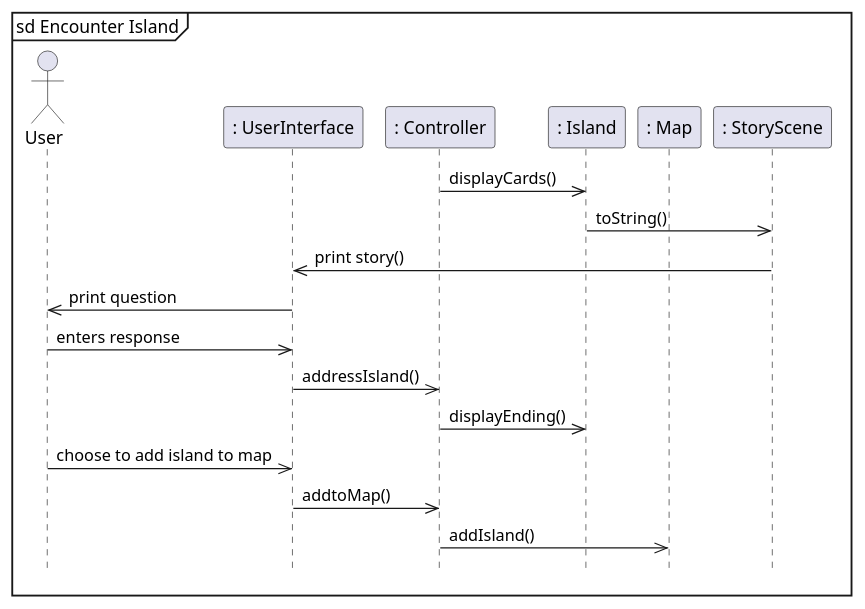
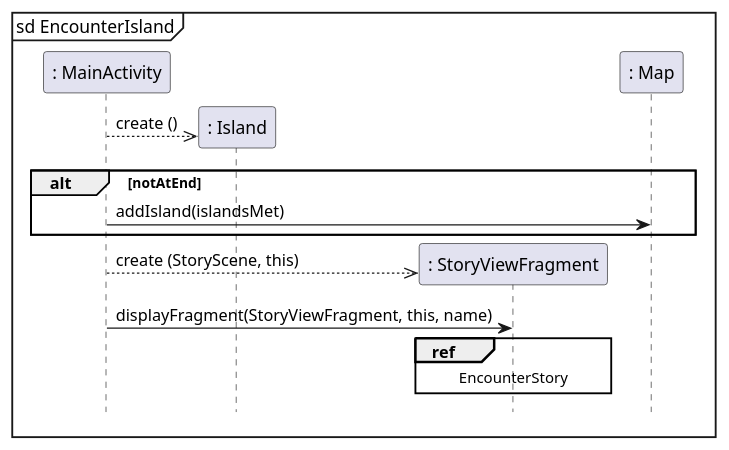
The seventh of 12 diagrams in CMPU_203_MAS/intellij/doc/design.md (emutchek/MaraudersAtSea), drawn with PlantUML before and after one commit. The commit also changed other lines of this file, not shown here.

Commit message:
updated sequence diagrams

````diff
--- a/CMPU_203_MAS/intellij/doc/design.md
+++ b/CMPU_203_MAS/intellij/doc/design.md
@@ -157,23 +246,22 @@
 ```PlantUML
 @startuml
-mainframe sd Encounter Island
+mainframe sd EncounterIsland
 hide footbox
-actor User as user
-participant ": UserInterface" as UI
-participant ": Controller" as controller
+
+participant ": MainActivity" as ma
 participant ": Island" as island
+participant ": StoryViewFragment" as svf
 participant ": Map" as map
-participant ": StoryScene" as SS
-controller ->> island : displayCards()
-island ->> SS : toString()
-SS ->> UI : print story()
-UI ->> user : print question
-user ->> UI : enters response
-UI ->> controller : addressIsland()
-controller ->> island : displayEnding()
-user ->> UI : choose to add island to map
-UI ->> controller : addtoMap()
-controller ->> map : addIsland()
+
+ma -->> island ** : create ()
+alt notAtEnd
+ma -> map : addIsland(islandsMet)
+end
+ma -->> svf ** : create (StoryScene, this)
+ma -> svf : displayFragment(StoryViewFragment, this, name)
+ref over svf
+EncounterStory
+end ref
 
 @enduml
 ```
````
